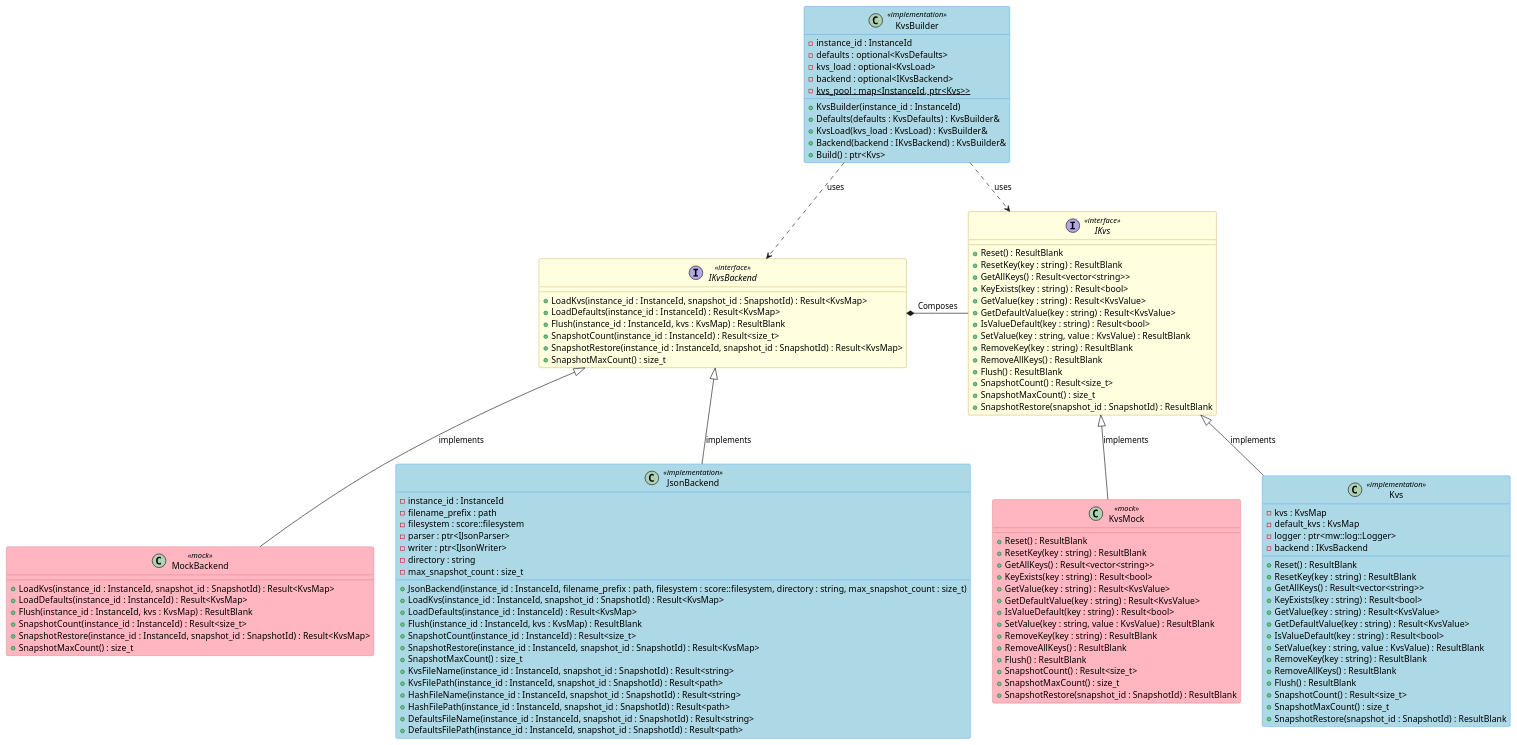
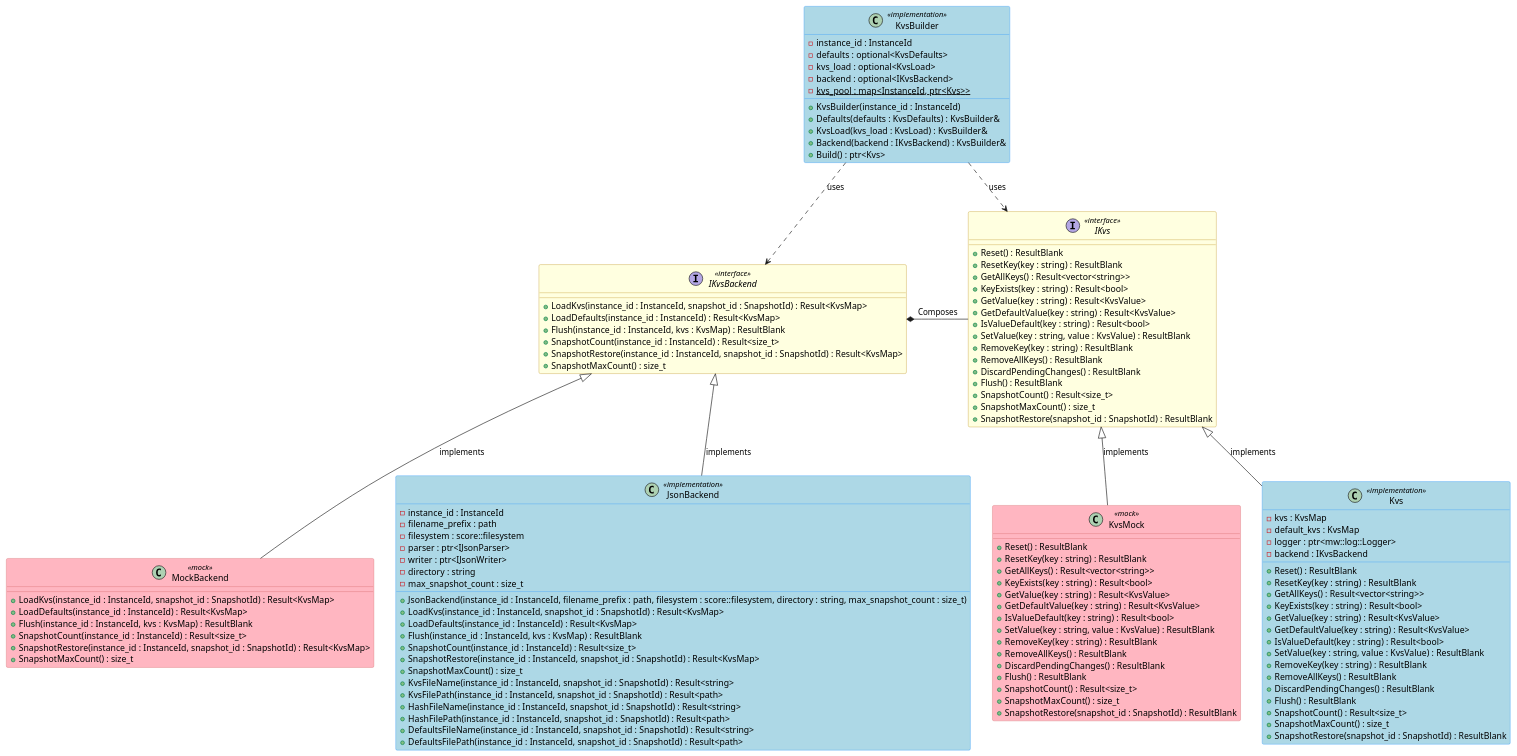
One commit to Ahmed-Elsaka-JC/persistency changed the diagram in score/kvs/docs/detailed_design/class_diagram_cpp.puml. Above: the diagram before and after it, drawn with PlantUML. The commit also changed 4 other files, not shown here.

```diff
--- a/score/kvs/docs/detailed_design/class_diagram_cpp.puml
+++ b/score/kvs/docs/detailed_design/class_diagram_cpp.puml
@@ -14,140 +14,143 @@
 @startuml ScorePersistencyKvsDesign
 
 skinparam class {
     BackgroundColor<<interface>> LightYellow
     BorderColor<<interface>> DarkGoldenRod
     BackgroundColor<<implementation>> LightBlue
     BorderColor<<implementation>> DodgerBlue
     BackgroundColor<<mock>> LightPink
     BorderColor<<mock>> IndianRed
 }
 
 class KvsBuilder <<implementation>> {
     - instance_id : InstanceId
     - defaults : optional<KvsDefaults>
     - kvs_load : optional<KvsLoad>
     - backend : optional<IKvsBackend>
     - {static} kvs_pool : map<InstanceId, ptr<Kvs>>
     __
     + KvsBuilder(instance_id : InstanceId)
     + Defaults(defaults : KvsDefaults) : KvsBuilder&
     + KvsLoad(kvs_load : KvsLoad) : KvsBuilder&
     + Backend(backend : IKvsBackend) : KvsBuilder&
     + Build() : ptr<Kvs>
 }
 
 interface IKvsBackend <<interface>> {
     + LoadKvs(instance_id : InstanceId, snapshot_id : SnapshotId) : Result<KvsMap>
     + LoadDefaults(instance_id : InstanceId) : Result<KvsMap>
     + Flush(instance_id : InstanceId, kvs : KvsMap) : ResultBlank
     + SnapshotCount(instance_id : InstanceId) : Result<size_t>
     + SnapshotRestore(instance_id : InstanceId, snapshot_id : SnapshotId) : Result<KvsMap>
     + SnapshotMaxCount() : size_t
 }
 
 interface IKvs <<interface>> {
     + Reset() : ResultBlank
     + ResetKey(key : string) : ResultBlank
     + GetAllKeys() : Result<vector<string>>
     + KeyExists(key : string) : Result<bool>
     + GetValue(key : string) : Result<KvsValue>
     + GetDefaultValue(key : string) : Result<KvsValue>
     + IsValueDefault(key : string) : Result<bool>
     + SetValue(key : string, value : KvsValue) : ResultBlank
     + RemoveKey(key : string) : ResultBlank
     + RemoveAllKeys() : ResultBlank
+    + DiscardPendingChanges() : ResultBlank
     + Flush() : ResultBlank
     + SnapshotCount() : Result<size_t>
     + SnapshotMaxCount() : size_t
     + SnapshotRestore(snapshot_id : SnapshotId) : ResultBlank
 }
 
 IKvsBackend -[hidden]right- IKvs
 MockBackend -[hidden]right- JsonBackend
 JsonBackend -[hidden]right- KvsMock
 KvsMock  -[hidden]right- Kvs
 
 class MockBackend <<mock>> {
     + LoadKvs(instance_id : InstanceId, snapshot_id : SnapshotId) : Result<KvsMap>
     + LoadDefaults(instance_id : InstanceId) : Result<KvsMap>
     + Flush(instance_id : InstanceId, kvs : KvsMap) : ResultBlank
     + SnapshotCount(instance_id : InstanceId) : Result<size_t>
     + SnapshotRestore(instance_id : InstanceId, snapshot_id : SnapshotId) : Result<KvsMap>
     + SnapshotMaxCount() : size_t
 }
 
 class JsonBackend <<implementation>> {
     - instance_id : InstanceId
     - filename_prefix : path
     - filesystem : score::filesystem
     - parser : ptr<IJsonParser>
     - writer : ptr<IJsonWriter>
     - directory : string
     - max_snapshot_count : size_t
     __
     + JsonBackend(instance_id : InstanceId, filename_prefix : path, filesystem : score::filesystem, directory : string, max_snapshot_count : size_t)
     + LoadKvs(instance_id : InstanceId, snapshot_id : SnapshotId) : Result<KvsMap>
     + LoadDefaults(instance_id : InstanceId) : Result<KvsMap>
     + Flush(instance_id : InstanceId, kvs : KvsMap) : ResultBlank
     + SnapshotCount(instance_id : InstanceId) : Result<size_t>
     + SnapshotRestore(instance_id : InstanceId, snapshot_id : SnapshotId) : Result<KvsMap>
     + SnapshotMaxCount() : size_t
     + KvsFileName(instance_id : InstanceId, snapshot_id : SnapshotId) : Result<string>
     + KvsFilePath(instance_id : InstanceId, snapshot_id : SnapshotId) : Result<path>
     + HashFileName(instance_id : InstanceId, snapshot_id : SnapshotId) : Result<string>
     + HashFilePath(instance_id : InstanceId, snapshot_id : SnapshotId) : Result<path>
     + DefaultsFileName(instance_id : InstanceId, snapshot_id : SnapshotId) : Result<string>
     + DefaultsFilePath(instance_id : InstanceId, snapshot_id : SnapshotId) : Result<path>
 }
 
 class KvsMock  <<mock>> {
     + Reset() : ResultBlank
     + ResetKey(key : string) : ResultBlank
     + GetAllKeys() : Result<vector<string>>
     + KeyExists(key : string) : Result<bool>
     + GetValue(key : string) : Result<KvsValue>
     + GetDefaultValue(key : string) : Result<KvsValue>
     + IsValueDefault(key : string) : Result<bool>
     + SetValue(key : string, value : KvsValue) : ResultBlank
     + RemoveKey(key : string) : ResultBlank
     + RemoveAllKeys() : ResultBlank
+    + DiscardPendingChanges() : ResultBlank
     + Flush() : ResultBlank
     + SnapshotCount() : Result<size_t>
     + SnapshotMaxCount() : size_t
     + SnapshotRestore(snapshot_id : SnapshotId) : ResultBlank
 }
 
 class Kvs <<implementation>> {
     - kvs : KvsMap
     - default_kvs : KvsMap
     - logger : ptr<mw::log::Logger>
     - backend : IKvsBackend
     __
     + Reset() : ResultBlank
     + ResetKey(key : string) : ResultBlank
     + GetAllKeys() : Result<vector<string>>
     + KeyExists(key : string) : Result<bool>
     + GetValue(key : string) : Result<KvsValue>
     + GetDefaultValue(key : string) : Result<KvsValue>
     + IsValueDefault(key : string) : Result<bool>
     + SetValue(key : string, value : KvsValue) : ResultBlank
     + RemoveKey(key : string) : ResultBlank
     + RemoveAllKeys() : ResultBlank
+    + DiscardPendingChanges() : ResultBlank
     + Flush() : ResultBlank
     + SnapshotCount() : Result<size_t>
     + SnapshotMaxCount() : size_t
     + SnapshotRestore(snapshot_id : SnapshotId) : ResultBlank
 }
 
 ' Relationships
 MockBackend -up-|> IKvsBackend : implements
 JsonBackend -up-|> IKvsBackend : implements
 KvsMock  -up-|> IKvs : implements
 Kvs -up-|> IKvs : implements
 
 ' Dependencies
 KvsBuilder ..> IKvsBackend : uses
 KvsBuilder ..> IKvs : uses
 IKvsBackend *-- IKvs : Composes
 
 @enduml
```
